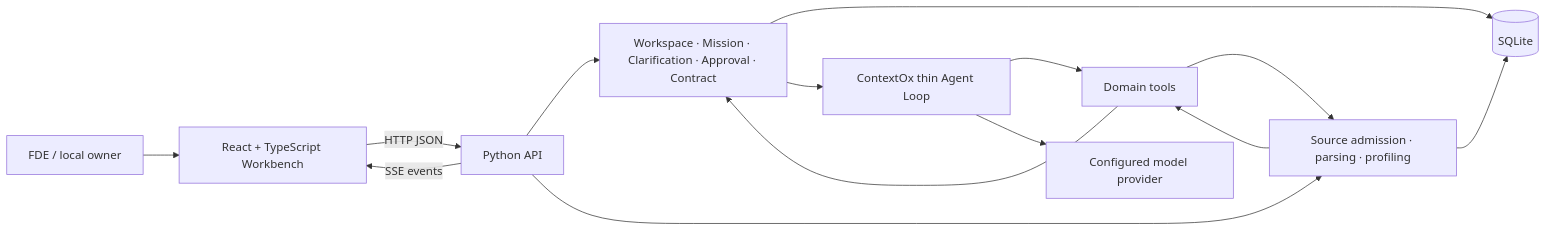
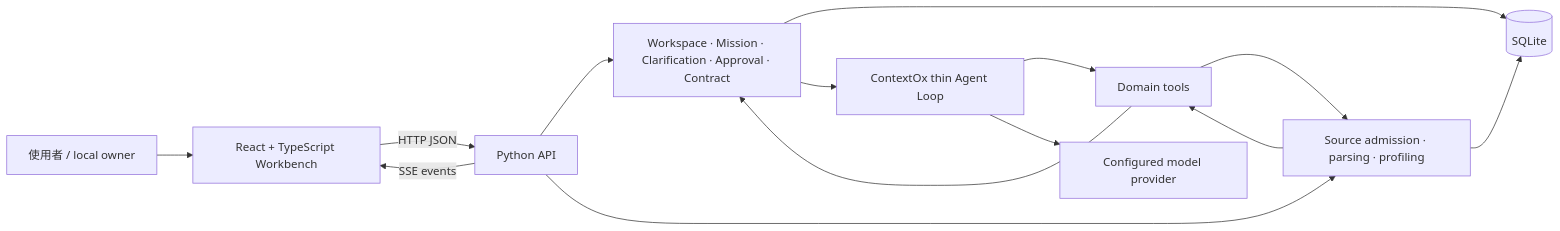
The diagram in docs/架构与迁移报告.md (archerthegoat/contextox-agent), drawn with Mermaid before and after one commit. The commit also changed other lines of this file and 2 other files, not shown here.

````diff
--- a/docs/架构与迁移报告.md
+++ b/docs/架构与迁移报告.md
@@ -128,16 +131,16 @@
 ```mermaid
 flowchart LR
-    Human["FDE / local owner"] --> Web["React + TypeScript Workbench"]
+    Human["使用者 / local owner"] --> Web["React + TypeScript Workbench"]
     Web -->|"HTTP JSON"| API["Python API"]
     API -->|"SSE events"| Web
     API --> Domain["Workspace · Mission · Clarification · Approval · Contract"]
     API --> Sources["Source admission · parsing · profiling"]
     Domain --> Store[("SQLite")]
     Sources --> Store
     Domain --> Loop["ContextOx thin Agent Loop"]
     Sources --> Tools["Domain tools"]
     Loop --> Tools
     Tools --> Domain
     Tools --> Sources
     Loop --> Provider["Configured model provider"]
 ```
````
